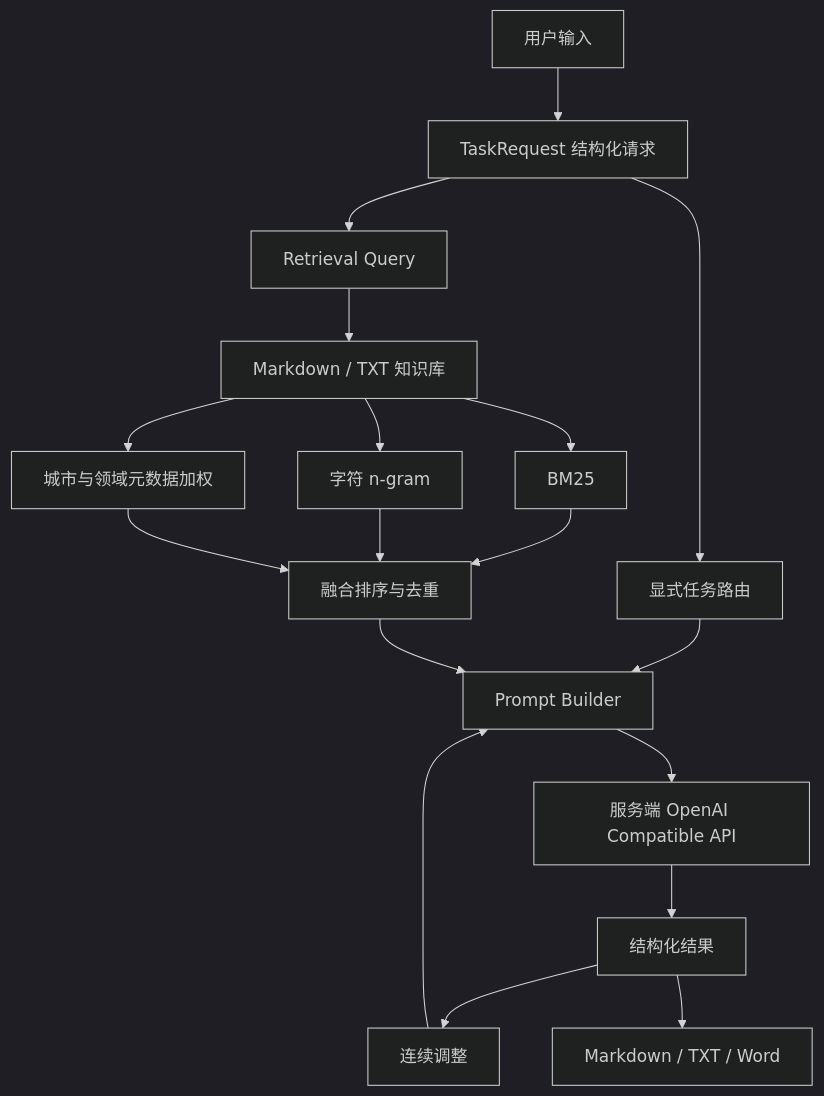
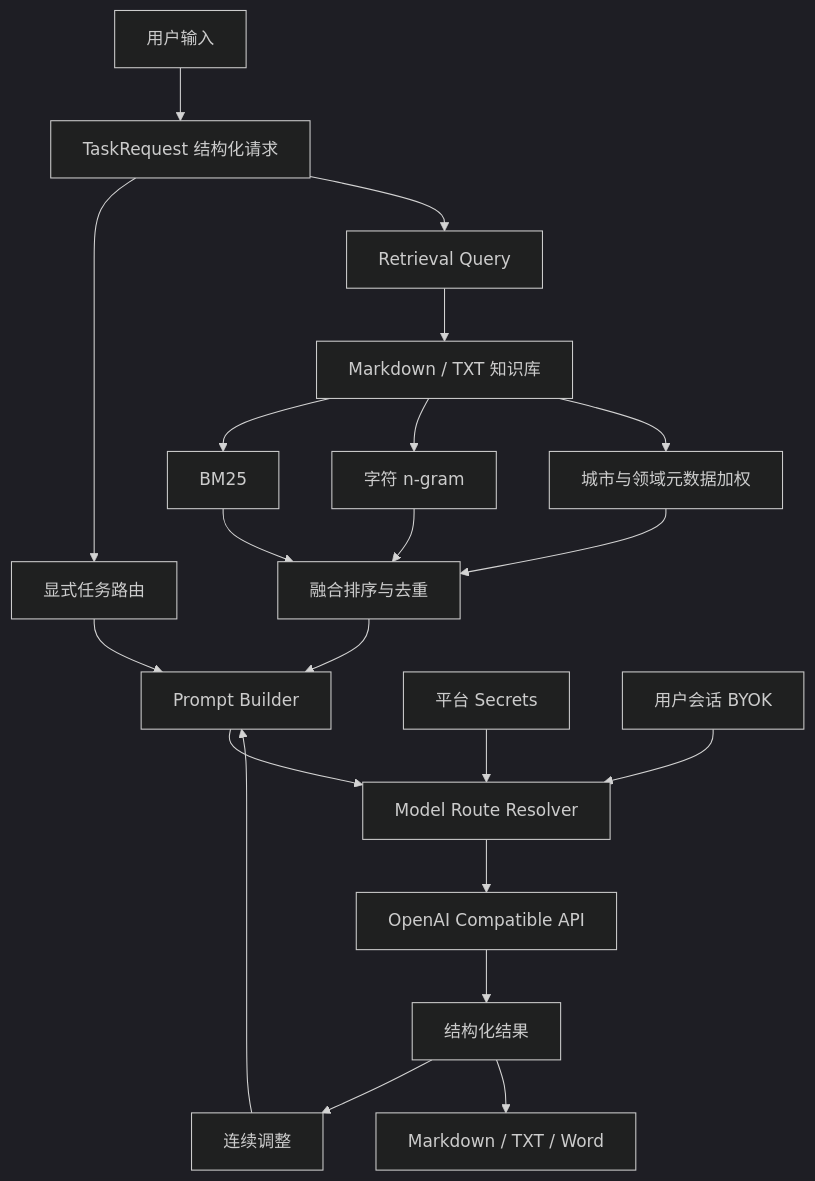
One commit to liqinglq666/Yuejian-Feiyi-Agent changed the diagram in README.md. Above: the diagram before and after it, drawn with Mermaid (dark theme). The commit also changed other lines of this file and 13 other files, not shown here.

First line of the commit message:
Add dual platform and BYOK API modes

````diff
--- a/README.md
+++ b/README.md
@@ -119,20 +128,23 @@
 ```mermaid
 flowchart TB
     U[用户输入] --> RQ[TaskRequest 结构化请求]
     RQ --> RT[显式任务路由]
     RQ --> Q[Retrieval Query]
     Q --> KB[Markdown / TXT 知识库]
     KB --> BM[BM25]
     KB --> NG[字符 n-gram]
     KB --> MB[城市与领域元数据加权]
     BM --> RR[融合排序与去重]
     NG --> RR
     MB --> RR
     RT --> PB[Prompt Builder]
     RR --> PB
-    PB --> LLM[服务端 OpenAI Compatible API]
+    PB --> MR[Model Route Resolver]
+    PA[平台 Secrets] --> MR
+    UA[用户会话 BYOK] --> MR
+    MR --> LLM[OpenAI Compatible API]
     LLM --> OUT[结构化结果]
     OUT --> REV[连续调整]
     OUT --> EXP[Markdown / TXT / Word]
     REV --> PB
 ```
````
